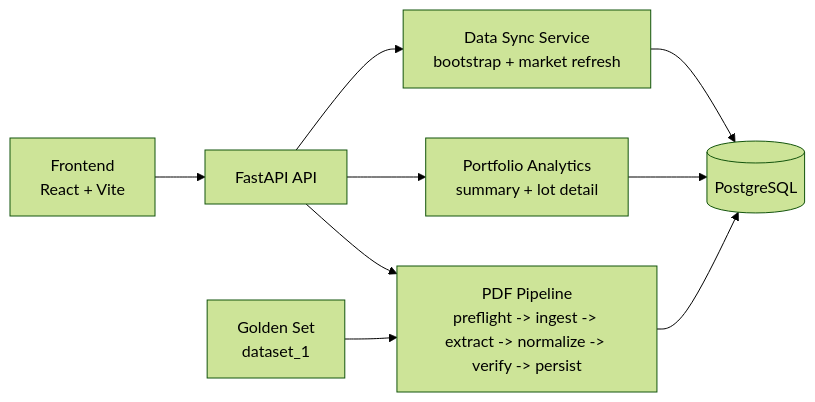
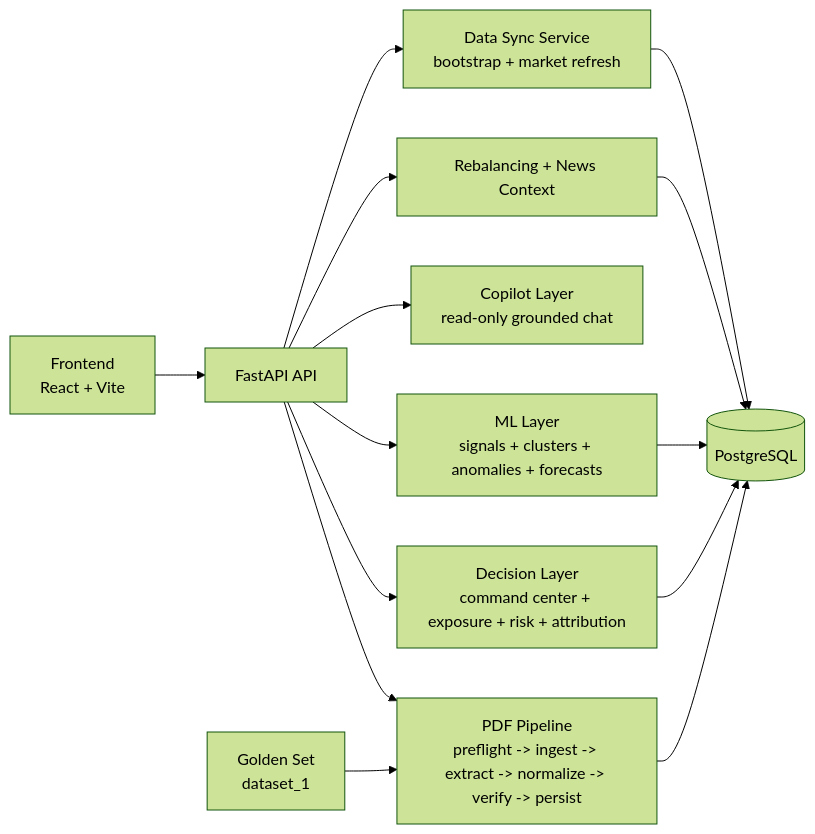
One commit to nicolasenriquez/ai-finance-management changed the first of 2 diagrams in README.md. Above: the diagram before and after it, drawn with Mermaid (forest theme). The commit also changed other lines of this file and 199 other files, not shown here.

````diff
--- a/README.md
+++ b/README.md
@@ -51,11 +53,16 @@
 ```mermaid
 flowchart LR
   A[Frontend<br/>React + Vite] --> B[FastAPI API]
   B --> C[PDF Pipeline<br/>preflight -> ingest -> extract -> normalize -> verify -> persist]
-  B --> D[Portfolio Analytics<br/>summary + lot detail]
-  B --> E[Data Sync Service<br/>bootstrap + market refresh]
-  C --> F[(PostgreSQL)]
-  D --> F
-  E --> F
-  G[Golden Set<br/>dataset_1] --> C
+  B --> D[Decision Layer<br/>command center + exposure + risk + attribution]
+  B --> E[ML Layer<br/>signals + clusters + anomalies + forecasts]
+  B --> F[Copilot Layer<br/>read-only grounded chat]
+  B --> G[Rebalancing + News Context]
+  B --> H[Data Sync Service<br/>bootstrap + market refresh]
+  C --> Z[(PostgreSQL)]
+  D --> Z
+  E --> Z
+  G --> Z
+  H --> Z
+  I[Golden Set<br/>dataset_1] --> C
 ```
````
